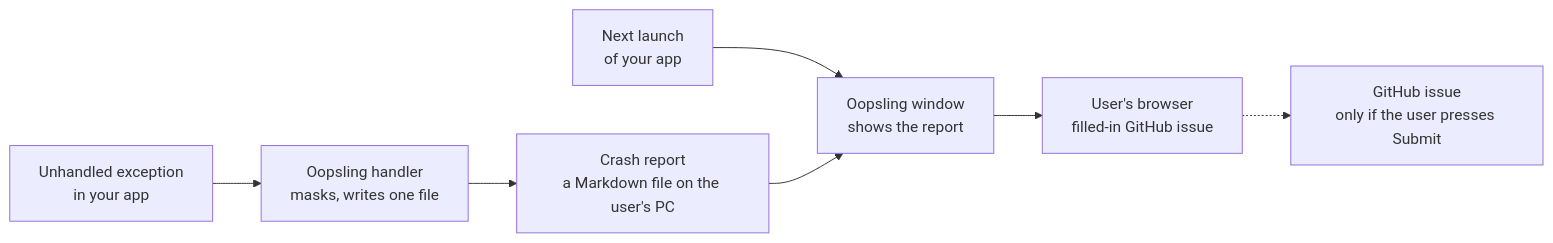
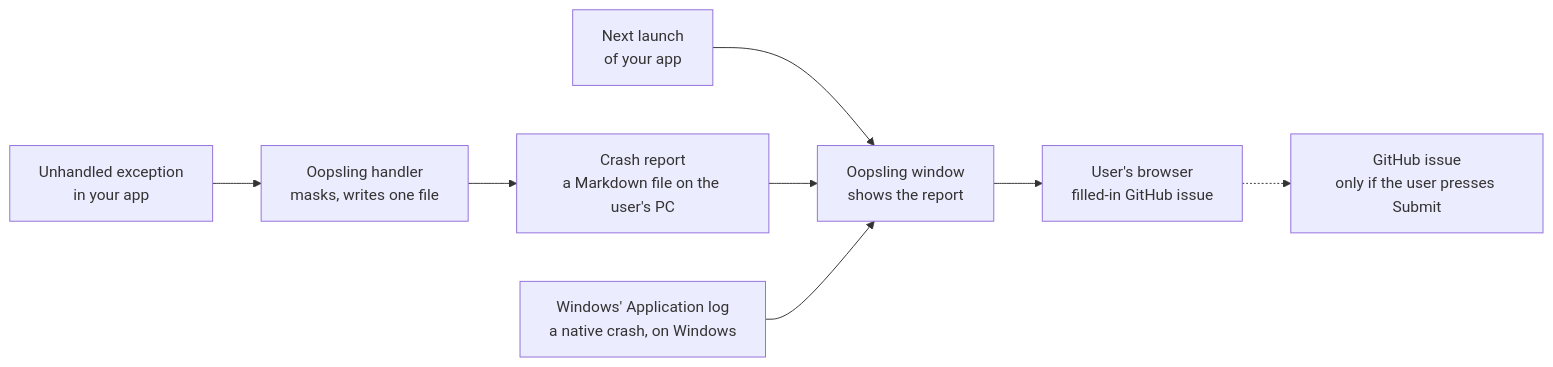
Before and after one commit to hazeliscoding/oopsling: the diagram in README.md, drawn with Mermaid. The commit also changed other lines of this file and 1 other file, not shown here.

Commit message:
docs(readme): say Oopsling reports native crashes on Windows

````diff
--- a/README.md
+++ b/README.md
@@ -56,9 +57,10 @@
 ```mermaid
 flowchart LR
     crash["Unhandled exception<br/>in your app"] --> handler["Oopsling handler<br/>masks, writes one file"]
     handler --> file["Crash report<br/>a Markdown file on the user's PC"]
     launch["Next launch<br/>of your app"] --> window["Oopsling window<br/>shows the report"]
     file --> window
+    log["Windows' Application log<br/>a native crash, on Windows"] --> window
     window --> browser["User's browser<br/>filled-in GitHub issue"]
     browser -.-> issue["GitHub issue<br/>only if the user presses Submit"]
 ```
````
